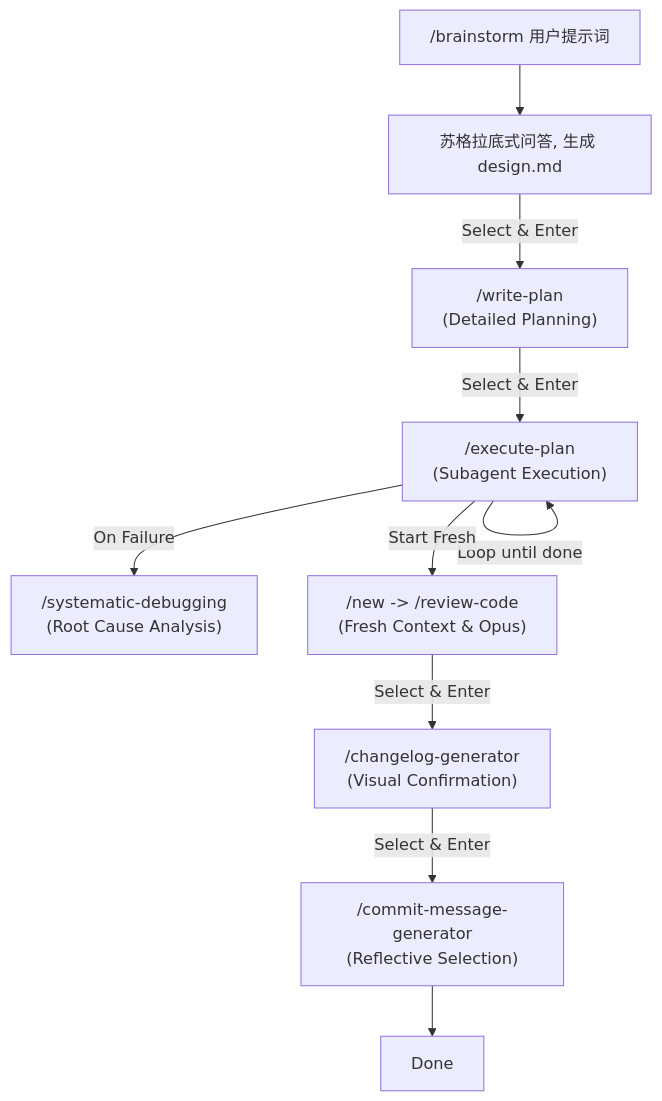
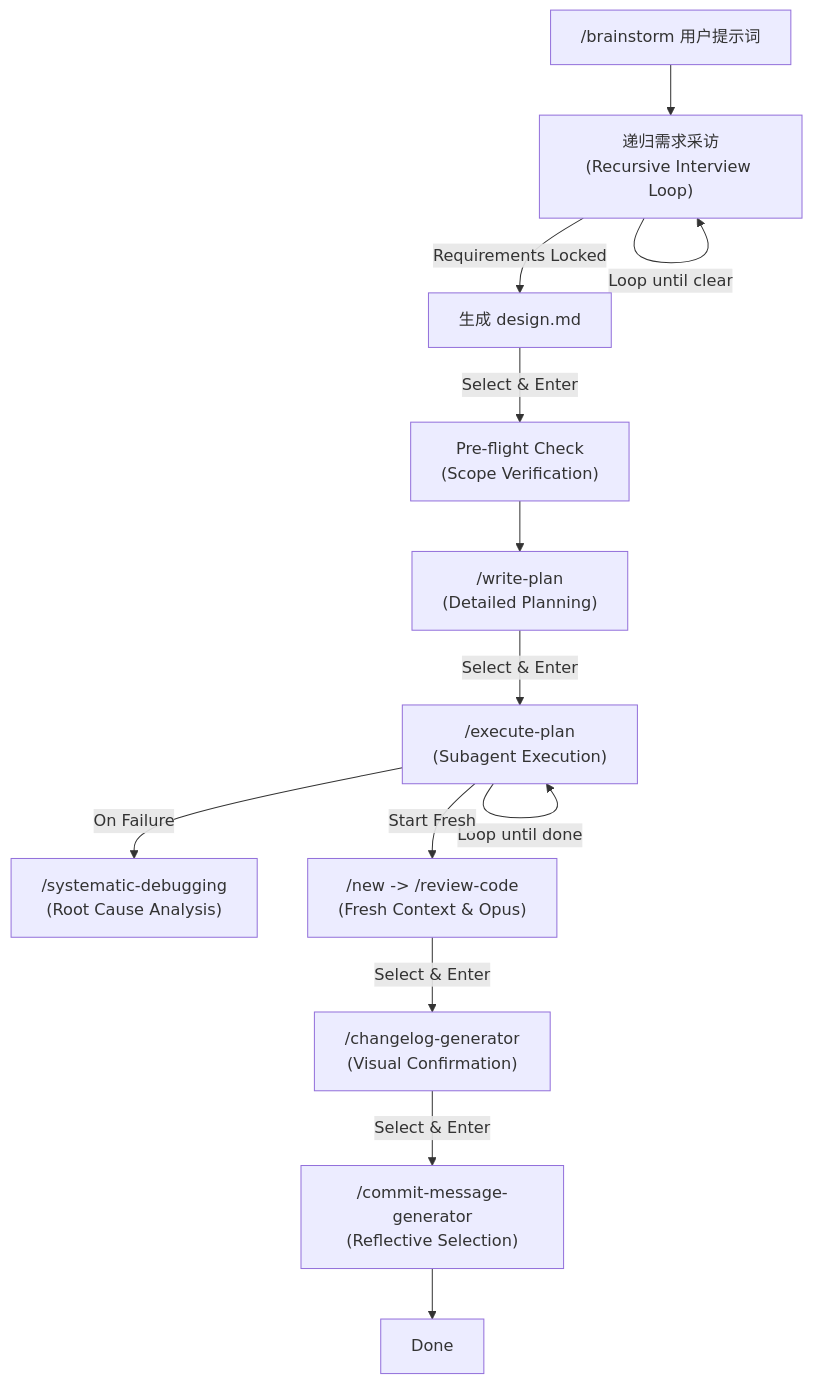
Before and after one commit to zzpwestlife/learn-claude-code: the diagram in README.md, drawn with Mermaid. The commit also changed other lines of this file and 2 other files, not shown here.

Commit message:
docs: add recursive analysis phase to brainstorming workflow
Enhance brainstorming skill to include structured interview loop before design generation, ensuring requirements are fully clarified. Update documentation to reflect the new recursive analysis phase in the workflow diagram and command descriptions.

````diff
--- a/README.md
+++ b/README.md
@@ -76,12 +77,15 @@
 ```mermaid
 graph TD
-    Start["/brainstorm 用户提示词"] --> Optimize["苏格拉底式问答, 生成 design.md"]
-    Optimize -->|Select & Enter| Plan["/write-plan<br/>(Detailed Planning)"]
+    Start["/brainstorm 用户提示词"] --> Interview["递归需求采访<br/>(Recursive Interview Loop)"]
+    Interview -->|Loop until clear| Interview
+    Interview -->|Requirements Locked| Optimize["生成 design.md"]
+    Optimize -->|Select & Enter| PreFlight["Pre-flight Check<br/>(Scope Verification)"]
+    PreFlight --> Plan["/write-plan<br/>(Detailed Planning)"]
     Plan -->|Select & Enter| Execute["/execute-plan<br/>(Subagent Execution)"]
     Execute -->|Loop until done| Execute
     Execute -->|On Failure| Debug["/systematic-debugging<br/>(Root Cause Analysis)"]
     Execute -->|Start Fresh| Review["/new -> /review-code<br/>(Fresh Context & Opus)"]
     Review -->|Select & Enter| Changelog["/changelog-generator<br/>(Visual Confirmation)"]
     Changelog -->|Select & Enter| Commit["/commit-message-generator<br/>(Reflective Selection)"]
     Commit --> Finish[Done]
 ```
````
